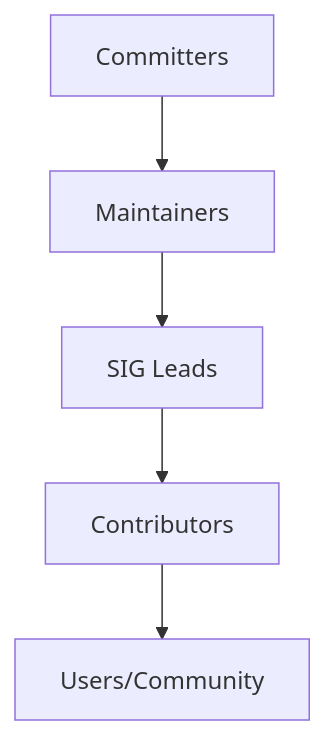
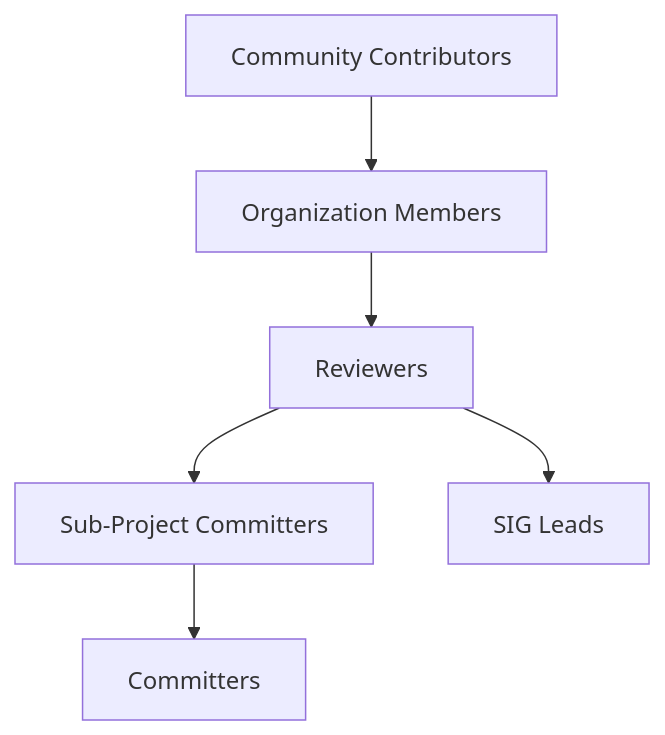
Before and after one commit to OneUptime/blog: the diagram in posts/2026-03-14-how-to-understand-governance/README.md, drawn with Mermaid. The commit also changed other lines of this file and 2 other files, not shown here.

````diff
--- a/posts/2026-03-14-how-to-understand-governance/README.md
+++ b/posts/2026-03-14-how-to-understand-governance/README.md
@@ -38,7 +38,8 @@
 ```mermaid
 flowchart TD
-    A[Committers] --> B[Maintainers]
-    B --> C[SIG Leads]
-    C --> D[Contributors]
-    D --> E[Users/Community]
+    A[Community Contributors] --> B[Organization Members]
+    B --> C[Reviewers]
+    C --> D[Sub-Project Committers]
+    D --> E[Committers]
+    C --> F[SIG Leads]
 ```
````
